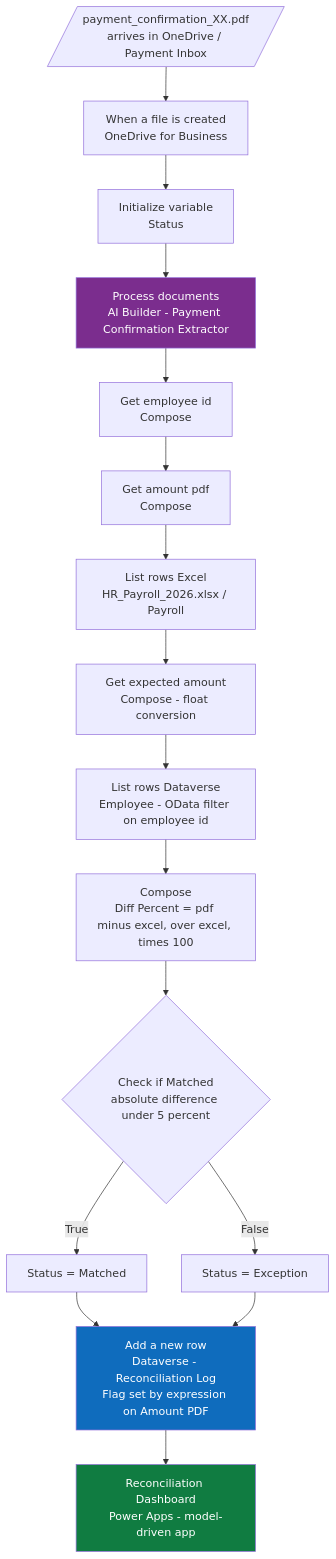
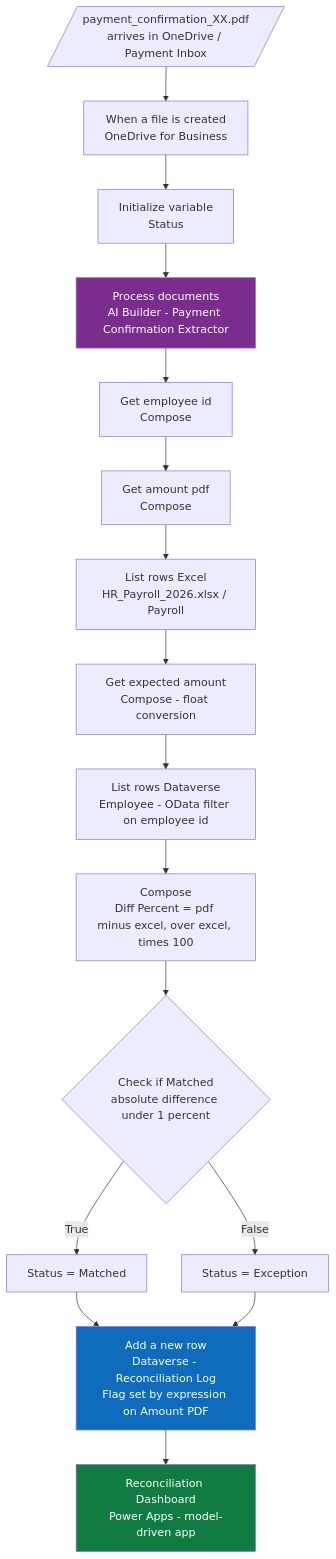
One commit to annsunshine/reconciliation-assistant changed the diagram in README.md. Above: the diagram before and after it, drawn with Mermaid. The commit also changed other lines of this file, not shown here.

````diff
--- a/README.md
+++ b/README.md
@@ -58,22 +58,22 @@
 ```mermaid
 flowchart TD
     A[/"payment_confirmation_XX.pdf<br/>arrives in OneDrive / Payment Inbox"/] --> B["When a file is created<br/>OneDrive for Business"]
     B --> C["Initialize variable<br/>Status"]
     C --> D["Process documents<br/>AI Builder - Payment Confirmation Extractor"]
     D --> E["Get employee id<br/>Compose"]
     E --> F["Get amount pdf<br/>Compose"]
     F --> G["List rows Excel<br/>HR_Payroll_2026.xlsx / Payroll"]
     G --> H["Get expected amount<br/>Compose - float conversion"]
     H --> I["List rows Dataverse<br/>Employee - OData filter on employee id"]
     I --> J["Compose<br/>Diff Percent = pdf minus excel, over excel, times 100"]
-    J --> K{"Check if Matched<br/>absolute difference under 5 percent"}
+    J --> K{"Check if Matched<br/>absolute difference under 1 percent"}
     K -->|True| L["Status = Matched"]
     K -->|False| M["Status = Exception"]
     L --> N["Add a new row<br/>Dataverse - Reconciliation Log<br/>Flag set by expression on Amount PDF"]
     M --> N
     N --> O["Reconciliation Dashboard<br/>Power Apps - model-driven app"]
 
     style D fill:#7B2D8E,color:#ffffff
     style N fill:#0F6CBD,color:#ffffff
     style O fill:#107C41,color:#ffffff
 ```
````
